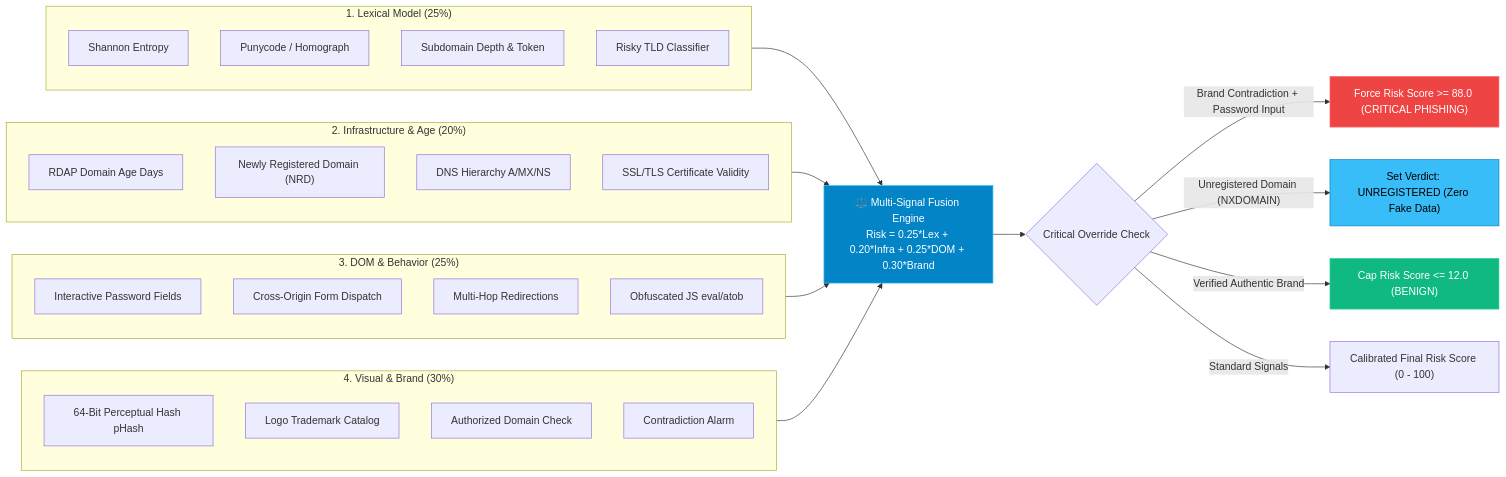
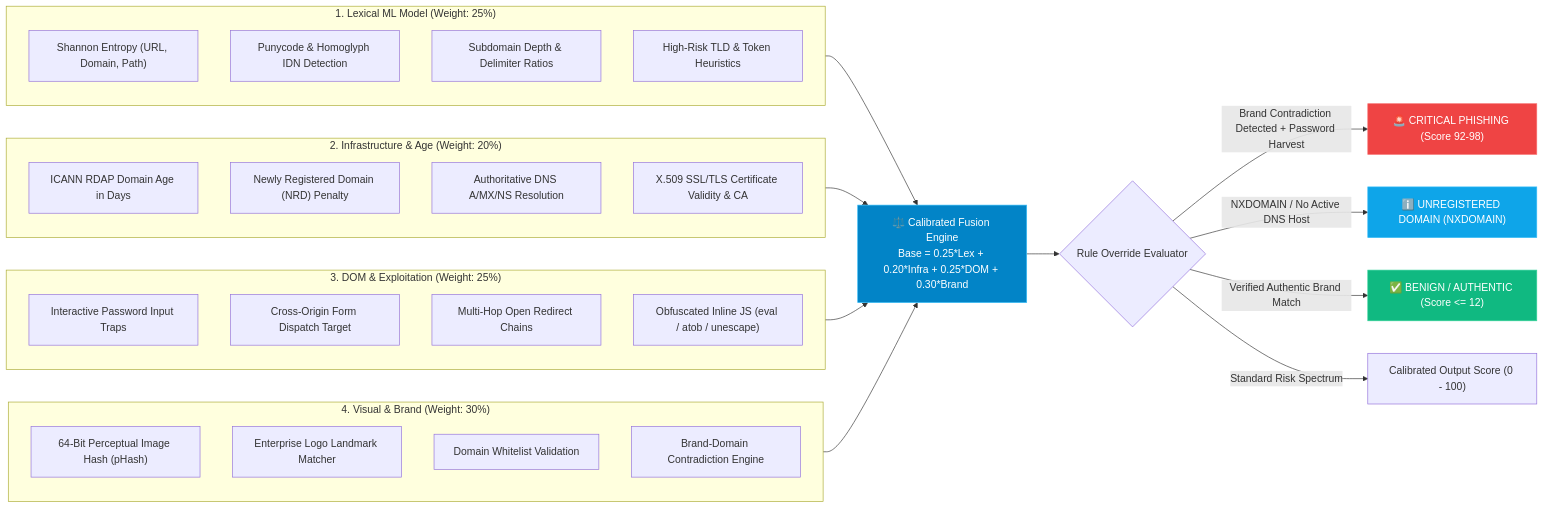
One commit to Ashutosh6226Tiwari/Cyberguard-AI changed the second of 6 diagrams in README.md. Above: the diagram before and after it, drawn with Mermaid. The commit also changed other lines of this file and 10 other files, not shown here.

Commit message:
feat(soc): complete UI overhaul for all new features and rewrite README with architectural specifications

````diff
--- a/README.md
+++ b/README.md
@@ -159,46 +131,46 @@
 ```mermaid
 flowchart LR
-    subgraph S1["1. Lexical Model (25%)"]
-        L1["Shannon Entropy"]
-        L2["Punycode / Homograph"]
-        L3["Subdomain Depth & Token"]
-        L4["Risky TLD Classifier"]
+    subgraph S1["1. Lexical ML Model (Weight: 25%)"]
+        L1["Shannon Entropy (URL, Domain, Path)"]
+        L2["Punycode & Homoglyph IDN Detection"]
+        L3["Subdomain Depth & Delimiter Ratios"]
+        L4["High-Risk TLD & Token Heuristics"]
     end
 
-    subgraph S2["2. Infrastructure & Age (20%)"]
-        I1["RDAP Domain Age Days"]
-        I2["Newly Registered Domain (NRD)"]
-        I3["DNS Hierarchy A/MX/NS"]
-        I4["SSL/TLS Certificate Validity"]
+    subgraph S2["2. Infrastructure & Age (Weight: 20%)"]
+        I1["ICANN RDAP Domain Age in Days"]
+        I2["Newly Registered Domain (NRD) Penalty"]
+        I3["Authoritative DNS A/MX/NS Resolution"]
+        I4["X.509 SSL/TLS Certificate Validity & CA"]
     end
 
-    subgraph S3["3. DOM & Behavior (25%)"]
-        D1["Interactive Password Fields"]
-        D2["Cross-Origin Form Dispatch"]
-        D3["Multi-Hop Redirections"]
-        D4["Obfuscated JS eval/atob"]
+    subgraph S3["3. DOM & Exploitation (Weight: 25%)"]
+        D1["Interactive Password Input Traps"]
+        D2["Cross-Origin Form Dispatch Target"]
+        D3["Multi-Hop Open Redirect Chains"]
+        D4["Obfuscated Inline JS (eval / atob / unescape)"]
     end
 
-    subgraph S4["4. Visual & Brand (30%)"]
-        V1["64-Bit Perceptual Hash pHash"]
-        V2["Logo Trademark Catalog"]
-        V3["Authorized Domain Check"]
-        V4["Contradiction Alarm"]
+    subgraph S4["4. Visual & Brand (Weight: 30%)"]
+        V1["64-Bit Perceptual Image Hash (pHash)"]
+        V2["Enterprise Logo Landmark Matcher"]
+        V3["Domain Whitelist Validation"]
+        V4["Brand-Domain Contradiction Engine"]
     end
 
-    S1 --> FUSION["⚖️ Multi-Signal Fusion Engine<br/>Risk = 0.25*Lex + 0.20*Infra + 0.25*DOM + 0.30*Brand"]
+    S1 --> FUSION["⚖️ Calibrated Fusion Engine<br/>Base = 0.25*Lex + 0.20*Infra + 0.25*DOM + 0.30*Brand"]
     S2 --> FUSION
     S3 --> FUSION
     S4 --> FUSION
 
-    FUSION --> OVERRIDE{"Critical Override Check"}
-    OVERRIDE -- "Brand Contradiction + Password Input" --> CRIT["Force Risk Score >= 88.0 (CRITICAL PHISHING)"]
-    OVERRIDE -- "Unregistered Domain (NXDOMAIN)" --> UNREG["Set Verdict: UNREGISTERED (Zero Fake Data)"]
-    OVERRIDE -- "Verified Authentic Brand" --> SAFE["Cap Risk Score <= 12.0 (BENIGN)"]
-    OVERRIDE -- "Standard Signals" --> CALIB["Calibrated Final Risk Score (0 - 100)"]
+    FUSION --> EVAL{"Rule Override Evaluator"}
+    EVAL -- "Brand Contradiction Detected + Password Harvest" --> FORCE_CRIT["🚨 CRITICAL PHISHING (Score 92-98)"]
+    EVAL -- "NXDOMAIN / No Active DNS Host" --> FORCE_UNREG["ℹ️ UNREGISTERED DOMAIN (NXDOMAIN)"]
+    EVAL -- "Verified Authentic Brand Match" --> FORCE_SAFE["✅ BENIGN / AUTHENTIC (Score <= 12)"]
+    EVAL -- "Standard Risk Spectrum" --> FINAL_SCORE["Calibrated Output Score (0 - 100)"]
 
     style FUSION fill:#0284c7,stroke:#38bdf8,color:#fff
-    style CRIT fill:#ef4444,stroke:#f87171,color:#fff
-    style UNREG fill:#38bdf8,stroke:#0284c7,color:#000
-    style SAFE fill:#10b981,stroke:#34d399,color:#fff
+    style FORCE_CRIT fill:#ef4444,stroke:#f87171,color:#fff
+    style FORCE_UNREG fill:#0ea5e9,stroke:#38bdf8,color:#fff
+    style FORCE_SAFE fill:#10b981,stroke:#34d399,color:#fff
 ```
````
